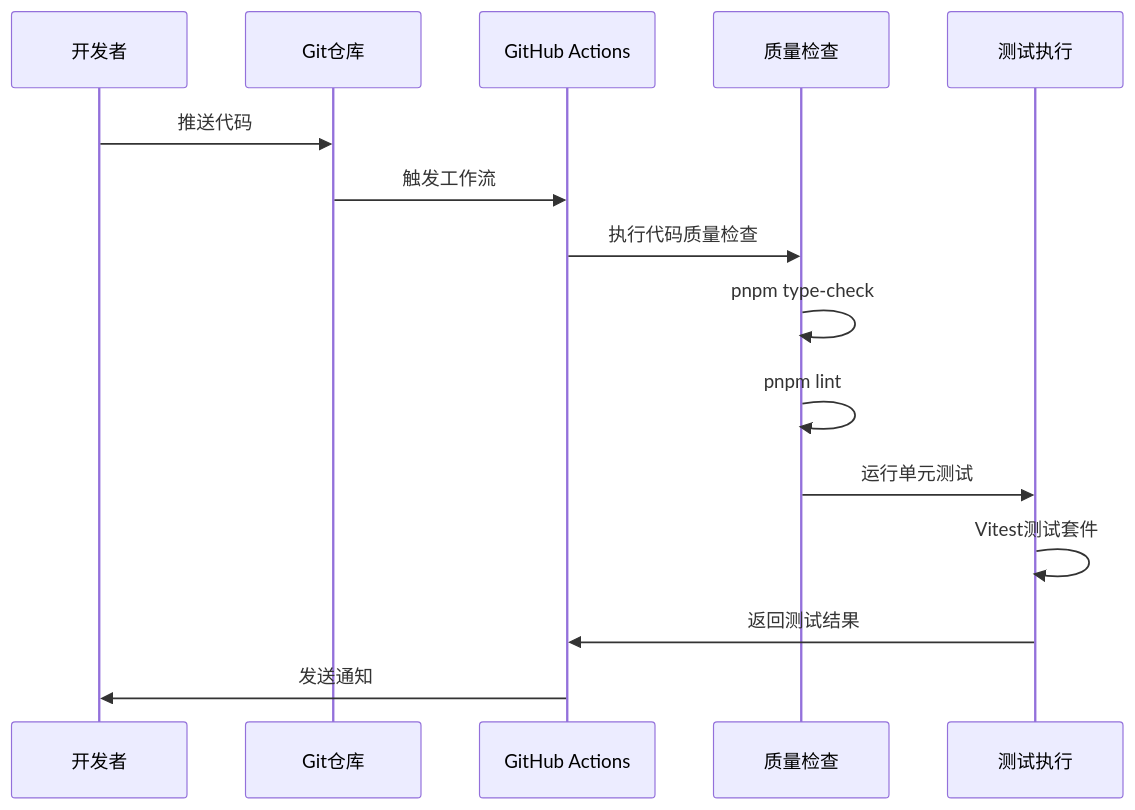
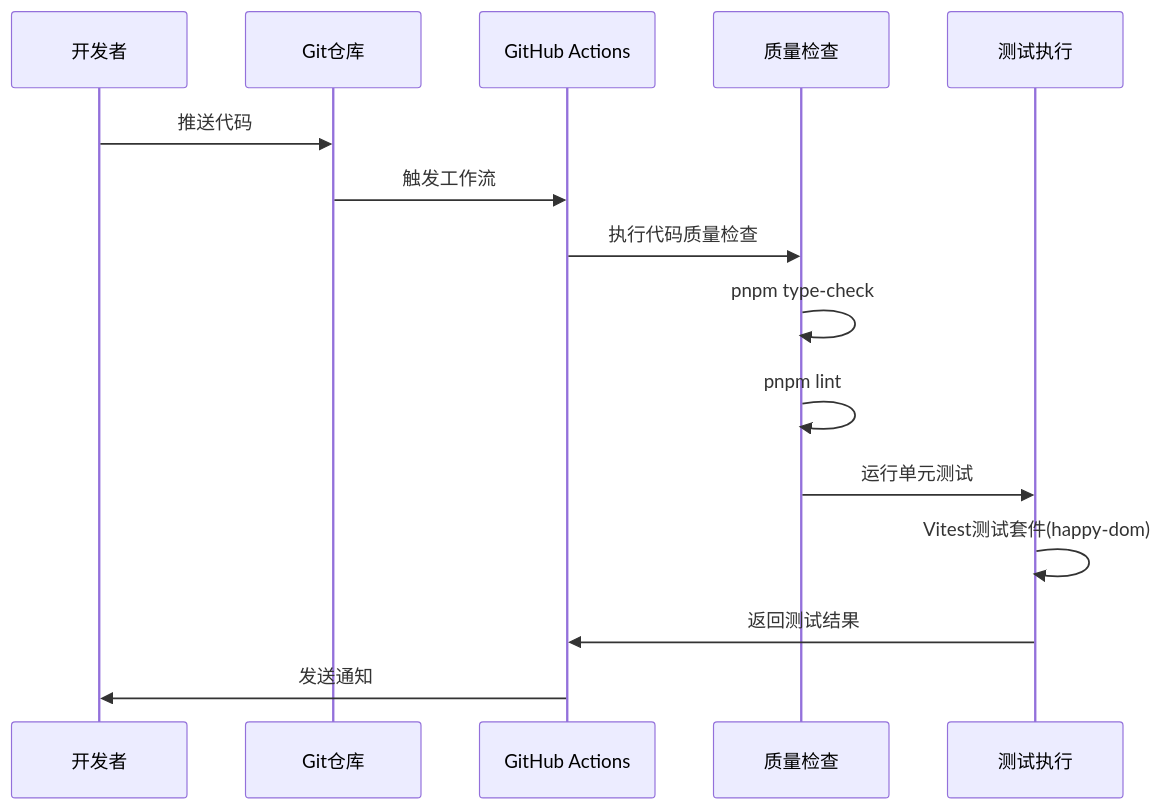
One commit to CryptoLinxu/Web3-AI-Agent changed the fourth of 16 diagrams in .qoder/repowiki/zh/content/项目概述/部署指南/CI_CD自动化部署.md. Above: the diagram before and after it, drawn with Mermaid. The commit also changed other lines of this file and 5 other files, not shown here.

````diff
--- a/.qoder/repowiki/zh/content/项目概述/部署指南/CI_CD自动化部署.md
+++ b/.qoder/repowiki/zh/content/项目概述/部署指南/CI_CD自动化部署.md
@@ -164,17 +167,17 @@
 ```mermaid
 sequenceDiagram
 participant Dev as 开发者
 participant Git as Git仓库
 participant GHA as GitHub Actions
 participant QA as 质量检查
 participant Test as 测试执行
 Dev->>Git : 推送代码
 Git->>GHA : 触发工作流
 GHA->>QA : 执行代码质量检查
 QA->>QA : pnpm type-check
 QA->>QA : pnpm lint
 QA->>Test : 运行单元测试
-Test->>Test : Vitest测试套件
+Test->>Test : Vitest测试套件(happy-dom)
 Test->>GHA : 返回测试结果
 GHA->>Dev : 发送通知
 ```
````
